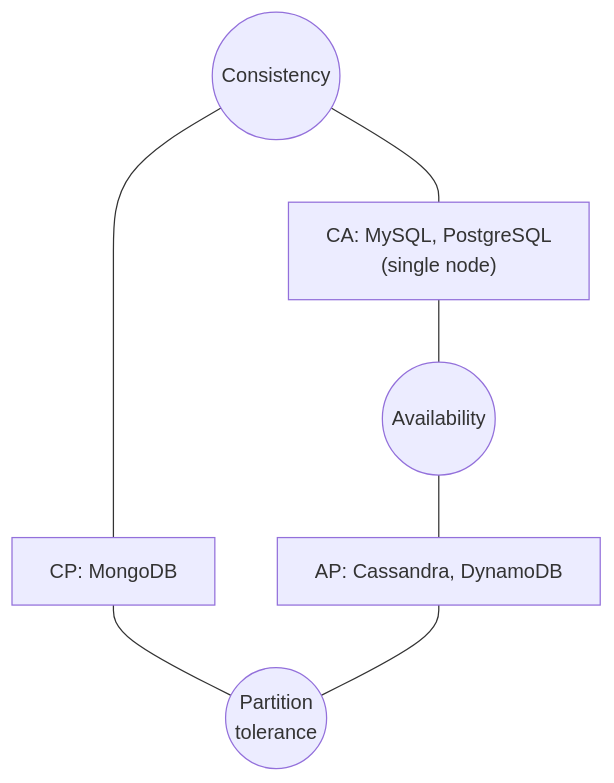
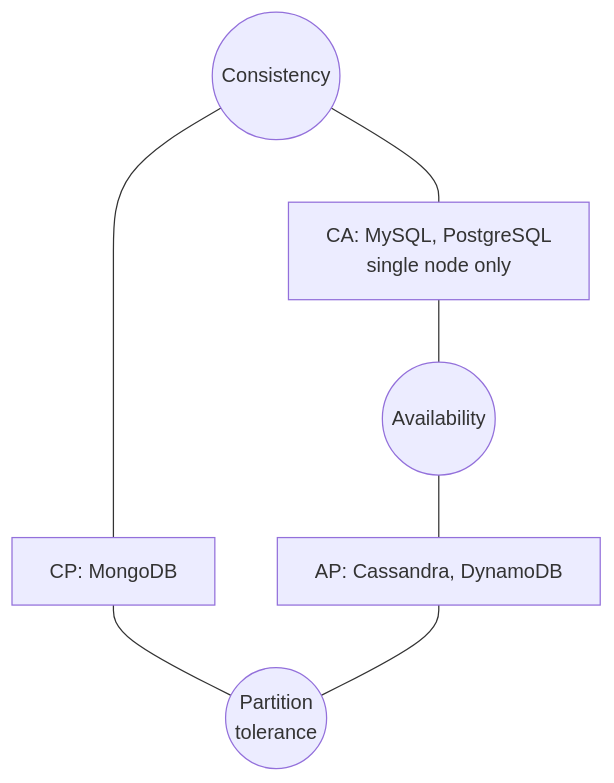
One commit to aaryan-pradhan/core-cs-fundamentals changed the fourth of 8 diagrams in dbms/20-cap-theorem.md. Above: the diagram before and after it, drawn with Mermaid. The commit also changed other lines of this file, not shown here.

````diff
--- a/dbms/20-cap-theorem.md
+++ b/dbms/20-cap-theorem.md
@@ -66,9 +62,9 @@
-   ```mermaid
-   flowchart TB
-     C(("Consistency"))
-     A(("Availability"))
-     P(("Partition<br/>tolerance"))
-     C --- CA["CA: MySQL, PostgreSQL<br/>(single node)"] --- A
-     C --- CP["CP: MongoDB"] --- P
-     A --- AP["AP: Cassandra, DynamoDB"] --- P
-   ```
+```mermaid
+flowchart TB
+  C(("Consistency"))
+  A(("Availability"))
+  P(("Partition<br/>tolerance"))
+  C --- CA["CA: MySQL, PostgreSQL<br/>single node only"] --- A
+  C --- CP["CP: MongoDB"] --- P
+  A --- AP["AP: Cassandra, DynamoDB"] --- P
+```
````
